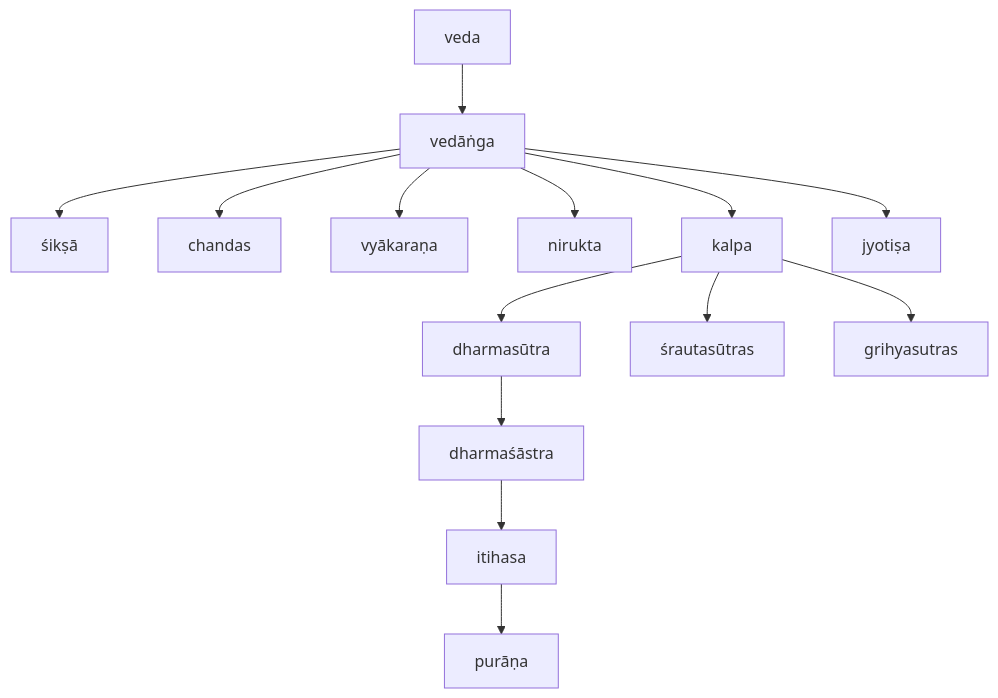
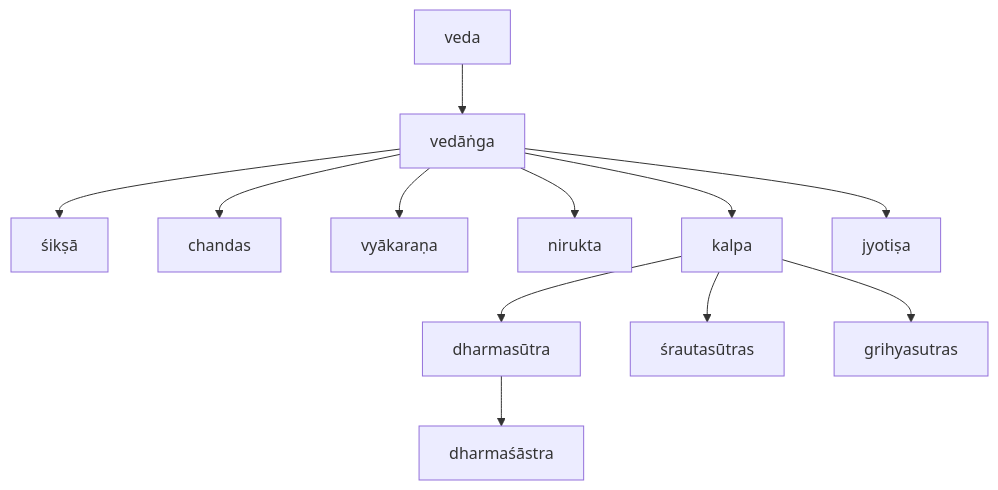
The diagram in README.md (World-Vedic-Heritage-University/.github), drawn with Mermaid before and after one commit.

````diff
--- a/README.md
+++ b/README.md
@@ -4,20 +4,18 @@
 ```mermaid
 
 
 graph TD;
 
     veda-->vedāṅga;    
     vedāṅga-->śikṣā;
     vedāṅga-->chandas;
     vedāṅga-->vyākaraṇa;
     vedāṅga-->nirukta;
     vedāṅga-->kalpa;
     vedāṅga-->jyotiṣa;
     kalpa-->dharmasūtra;
     kalpa-->śrautasūtras;
     kalpa-->grihyasutras;
     dharmasūtra-->dharmaśāstra;
-    dharmaśāstra-->itihasa;
-    itihasa-->purāṇa;
 
 ```
````
